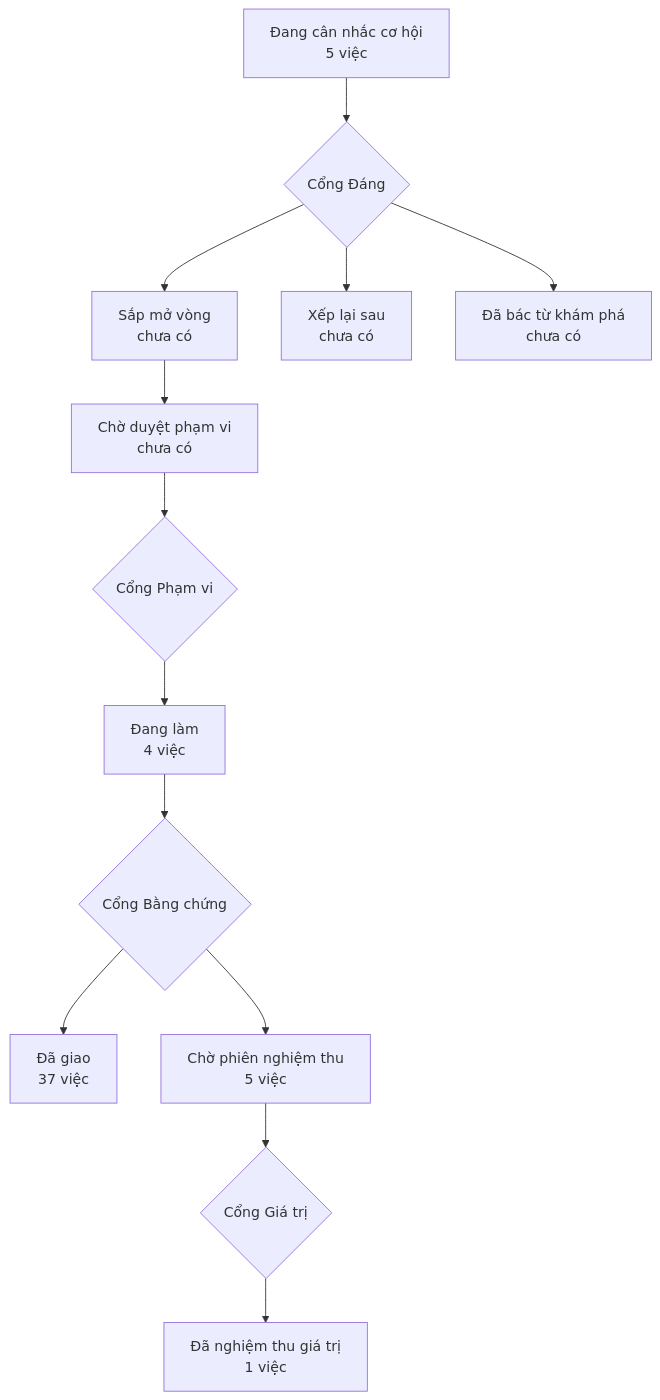
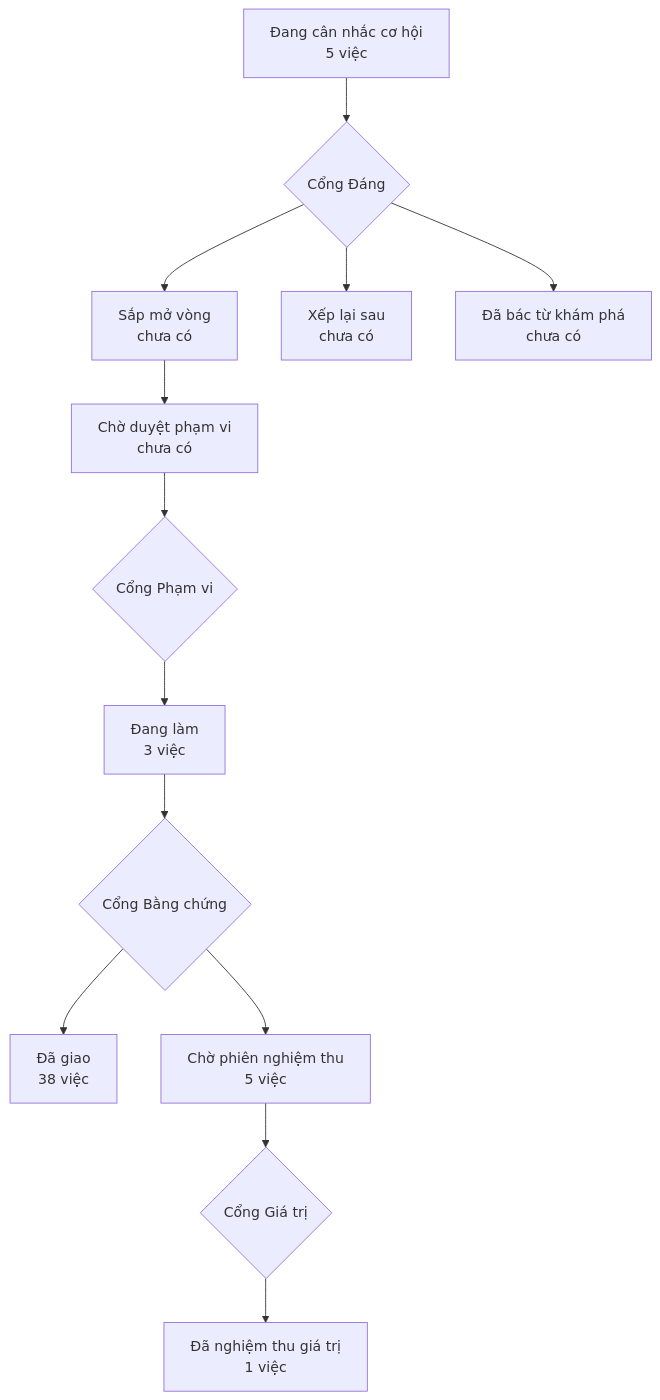
One commit to phanlemanh/crm-onehub changed the diagram in PRODUCT-MAP.md. Above: the diagram before and after it, drawn with Mermaid. The commit also changed other lines of this file and 2 other files, not shown here.

Commit message:
observed: cua-vao-noi-tieng-viet — Phan Le Manh

````diff
--- a/PRODUCT-MAP.md
+++ b/PRODUCT-MAP.md
@@ -6,12 +6,12 @@
 ```mermaid
 flowchart TD
   A["Đang cân nhắc cơ hội<br/>5 việc"] --> GD{"Cổng Đáng"}
   GD --> B["Sắp mở vòng<br/>chưa có"]
   GD --> XL["Xếp lại sau<br/>chưa có"]
   GD --> DB["Đã bác từ khám phá<br/>chưa có"]
   B --> CD["Chờ duyệt phạm vi<br/>chưa có"] --> GP{"Cổng Phạm vi"}
-  GP --> DL["Đang làm<br/>4 việc"] --> GB{"Cổng Bằng chứng"}
-  GB --> DG["Đã giao<br/>37 việc"]
+  GP --> DL["Đang làm<br/>3 việc"] --> GB{"Cổng Bằng chứng"}
+  GB --> DG["Đã giao<br/>38 việc"]
   GB --> CN["Chờ phiên nghiệm thu<br/>5 việc"] --> GG{"Cổng Giá trị"}
   GG --> NT["Đã nghiệm thu giá trị<br/>1 việc"]
 ```
````
